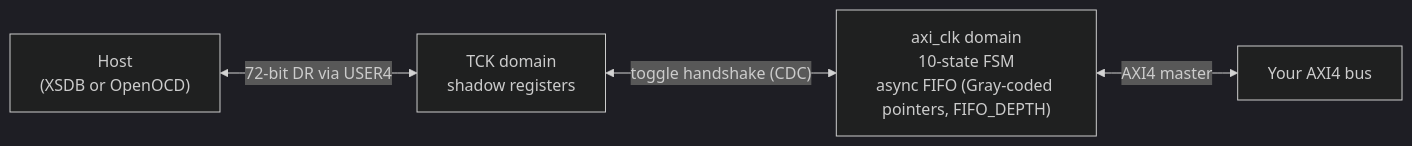
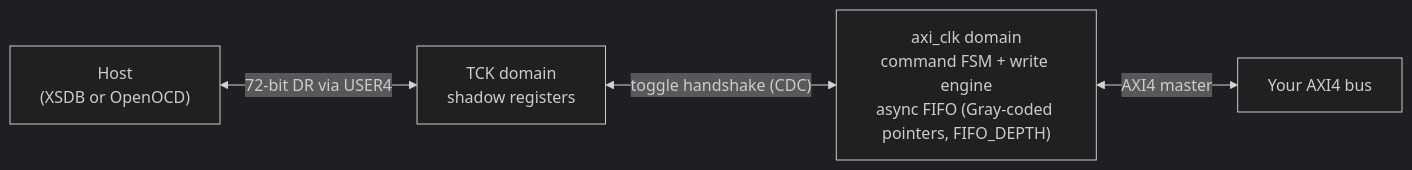
The diagram in docs/07_ejtag_axi_bridge.md (lcapossio/fpgacapZero), drawn with Mermaid (dark theme) before and after one commit. The commit also changed other lines of this file and 10 other files, not shown here.

````diff
--- a/docs/07_ejtag_axi_bridge.md
+++ b/docs/07_ejtag_axi_bridge.md
@@ -62,6 +62,6 @@
 ```mermaid
 flowchart LR
     host["Host<br>(XSDB or OpenOCD)"] <-->|"72-bit DR via USER4"| tck["TCK domain<br>shadow registers"]
-    tck <-->|"toggle handshake (CDC)"| axi["axi_clk domain<br>10-state FSM<br>async FIFO (Gray-coded pointers, FIFO_DEPTH)"]
+    tck <-->|"toggle handshake (CDC)"| axi["axi_clk domain<br>command FSM + write engine<br>async FIFO (Gray-coded pointers, FIFO_DEPTH)"]
     axi <-->|"AXI4 master"| bus["Your AXI4 bus"]
 ```
````
